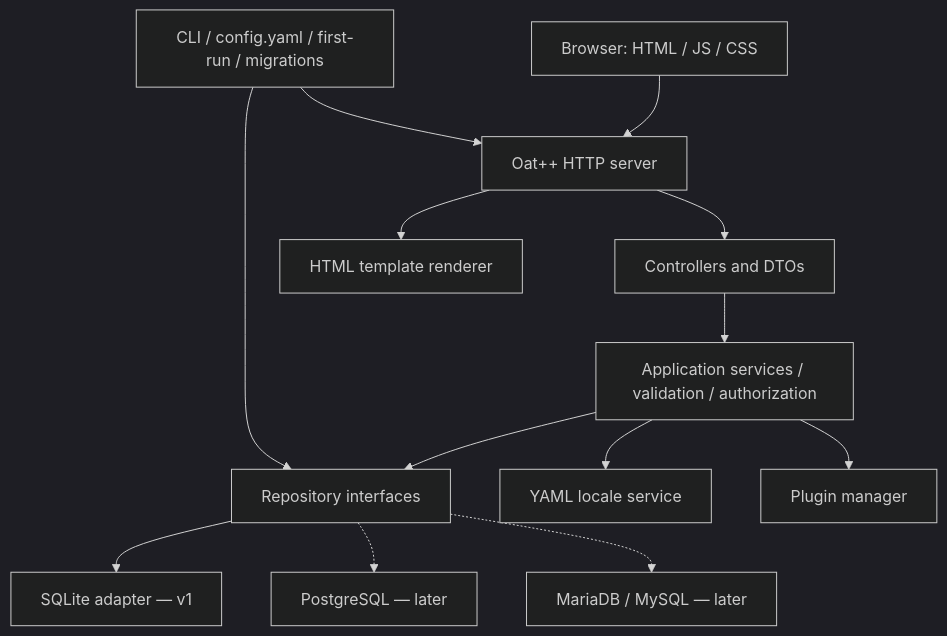
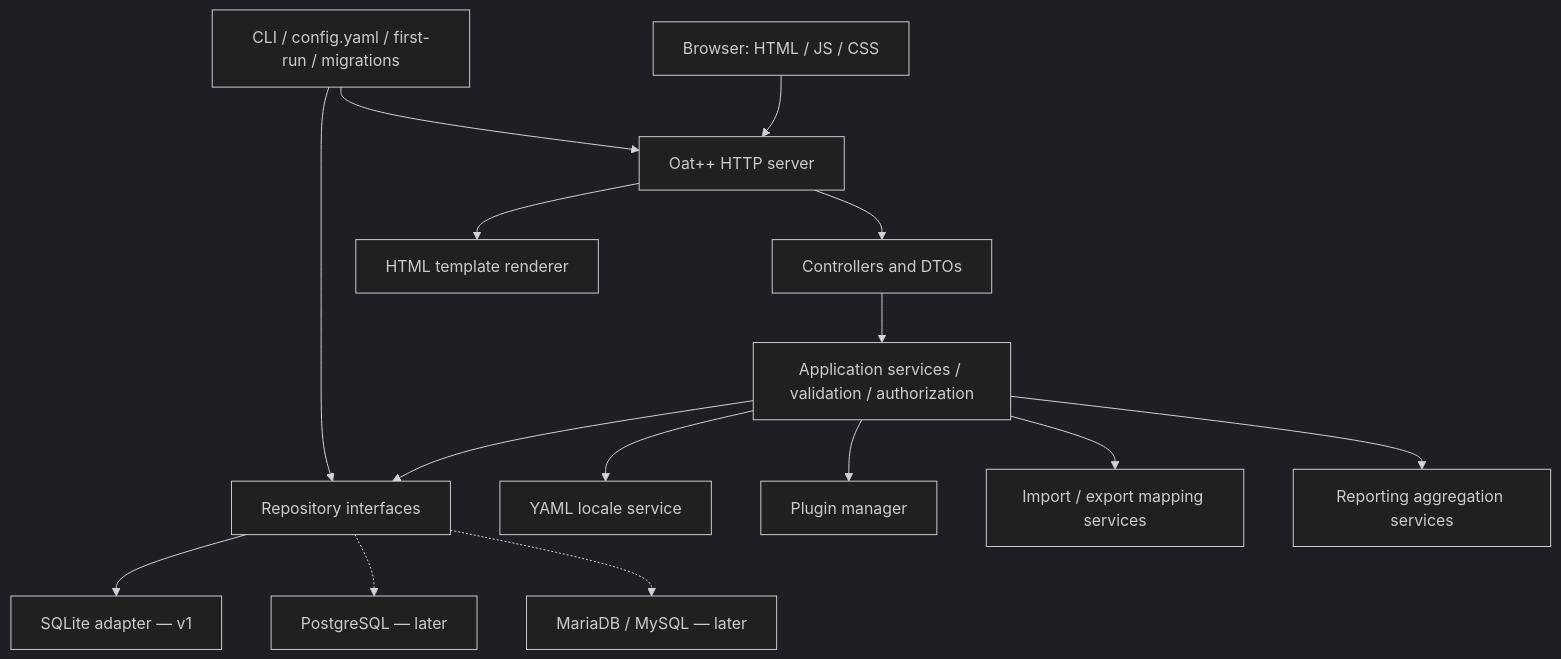
The second of 2 diagrams in docs/specs/pvledger_application_spec.md (pvledger/pvledger), drawn with Mermaid (dark theme) before and after one commit. The commit also changed other lines of this file, not shown here.

````diff
--- a/docs/specs/pvledger_application_spec.md
+++ b/docs/specs/pvledger_application_spec.md
@@ -646,15 +738,17 @@
 ```mermaid
 flowchart TD
     Browser[Browser: HTML / JS / CSS] --> HTTP[Oat++ HTTP server]
     HTTP --> Controllers[Controllers and DTOs]
     Controllers --> Services[Application services / validation / authorization]
     Services --> Repos[Repository interfaces]
     Repos --> SQLite[SQLite adapter — v1]
     Repos -.-> PostgreSQL[PostgreSQL — later]
     Repos -.-> MySQL[MariaDB / MySQL — later]
     HTTP --> Templates[HTML template renderer]
     Services --> Locale[YAML locale service]
     Services --> Plugins[Plugin manager]
+    Services --> ImportExport[Import / export mapping services]
+    Services --> Reports[Reporting aggregation services]
     Bootstrap[CLI / config.yaml / first-run / migrations] --> HTTP
     Bootstrap --> Repos
 ```
````
